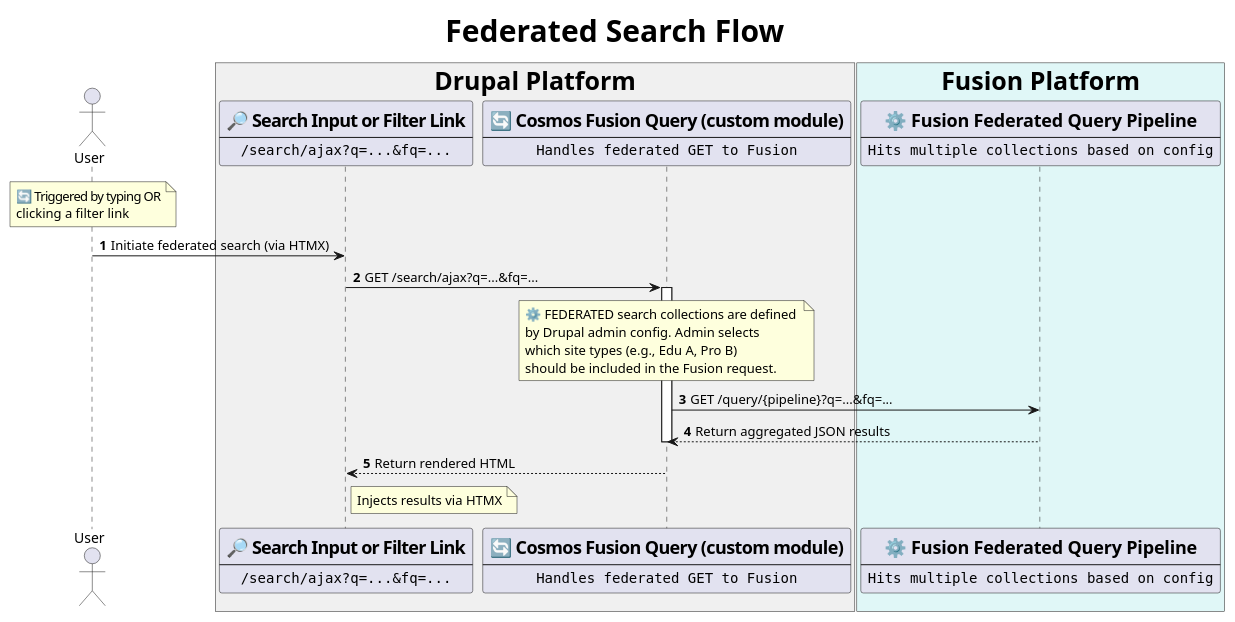
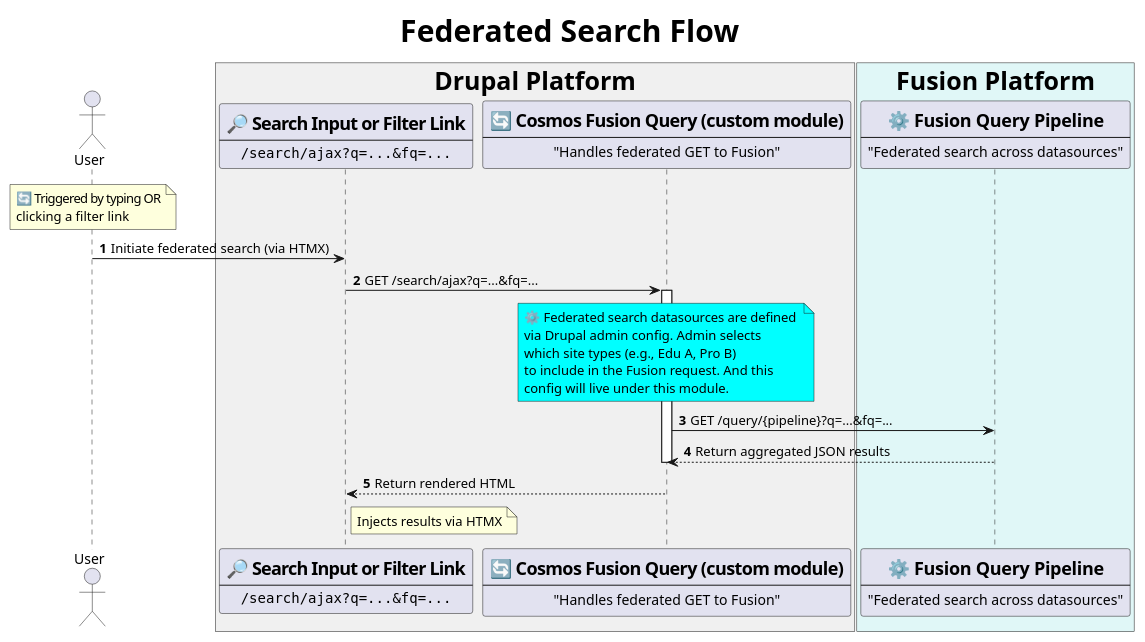
Before and after one commit to edutrul/PlantUMLExercises: the diagram in lucidworks/sequence-diagrams/search/SRCH-004--multi-collection-search.puml, drawn with PlantUML.

Commit message:
Update diagram federated search flow.

```diff
--- a/lucidworks/sequence-diagrams/search/SRCH-004--multi-collection-search.puml
+++ b/lucidworks/sequence-diagrams/search/SRCH-004--multi-collection-search.puml
@@ -1,90 +1,92 @@
 @startuml
 
 /' 
 @id: SRCH-004
-@file: SRCH-004--multi-collection-search.puml
+@file: SRCH-004--federated-search-flow.puml
 @title: Federated Search Flow
 @type: sequence
-@description: Federated search triggered via HTMX input or filter click, processed by CosmosFusionQuery module through a Fusion Query Pipeline hitting multiple collections in parallel.
+@description: Federated search triggered via HTMX input or filter click, processed by CosmosFusionQuery module through a Fusion Query Pipeline that performs federated search across multiple datasources.
 
 📘 Scenario:
 1. User types a query OR clicks a category/tag filter link.
 2. Drupal (CosmosFusionQuery module) receives the request via `/search/ajax`.
 3. The request is forwarded to a Fusion Query Pipeline.
-4. Fusion uses internal config to query multiple collections (federated).
+4. Fusion performs a federated search across multiple datasources.
 5. Results are returned, rendered by Drupal, and HTMX injects the response.
 
 ✅ Requirements:
 • Trigger can be search input or facet/filter click.
 • CosmosFusionQuery routes to `/search/ajax`.
-• Fusion handles multi-collection logic in a single pipeline.
-• Drupal renders HTML and HTMX injects.
+• Fusion uses a single pipeline to perform federated search.
+• Datasources selected via Drupal admin config.
+• Drupal renders HTML and HTMX injects it.
 '/
 
 <style>
   title {
     FontSize 30
   }
   box {
     FontSize 25
     .drupalPlatform {
       BackgroundColor #F0F0F0
     }
     .fusionPlatform {
       BackgroundColor #E0F7F7
     }
   }
 </style>
 
 title Federated Search Flow
 
 autonumber
 
 actor "User" as User
 
 box "Drupal Platform" <<drupalPlatform>>
   participant SearchTrigger [
     =🔎 Search Input or Filter Link
     ----
     ""/search/ajax?q=...&fq=...""
   ]
   participant CosmosFusionQuery [
     =🔄 Cosmos Fusion Query (custom module)
     ----
-    ""Handles federated GET to Fusion""
+    "Handles federated GET to Fusion"
   ]
 end box
 
 box "Fusion Platform" <<fusionPlatform>>
   participant FusionQueryPipeline [
-    =⚙️ Fusion Federated Query Pipeline
+    =⚙️ Fusion Query Pipeline
     ----
-    ""Hits multiple collections based on config""
+    "Federated search across datasources"
   ]
 end box
 
 note over User
   🔄 Triggered by typing OR
   clicking a filter link
 end note
 
 User -> SearchTrigger: Initiate federated search (via HTMX)
 SearchTrigger -> CosmosFusionQuery: GET /search/ajax?q=...&fq=...
 
 activate CosmosFusionQuery
-note over CosmosFusionQuery
-  ⚙️ FEDERATED search collections are defined 
-  by Drupal admin config. Admin selects 
+note over CosmosFusionQuery #aqua
+  ⚙️ Federated search datasources are defined 
+  via Drupal admin config. Admin selects 
   which site types (e.g., Edu A, Pro B)
-  should be included in the Fusion request.
+  to include in the Fusion request. And this
+  config will live under this module.
 end note
 CosmosFusionQuery -> FusionQueryPipeline: GET /query/{pipeline}?q=...&fq=...
 FusionQueryPipeline --> CosmosFusionQuery: Return aggregated JSON results
 deactivate CosmosFusionQuery
 
 CosmosFusionQuery --> SearchTrigger: Return rendered HTML
 note right of SearchTrigger
   Injects results via HTMX
 end note
 
 @enduml
```
